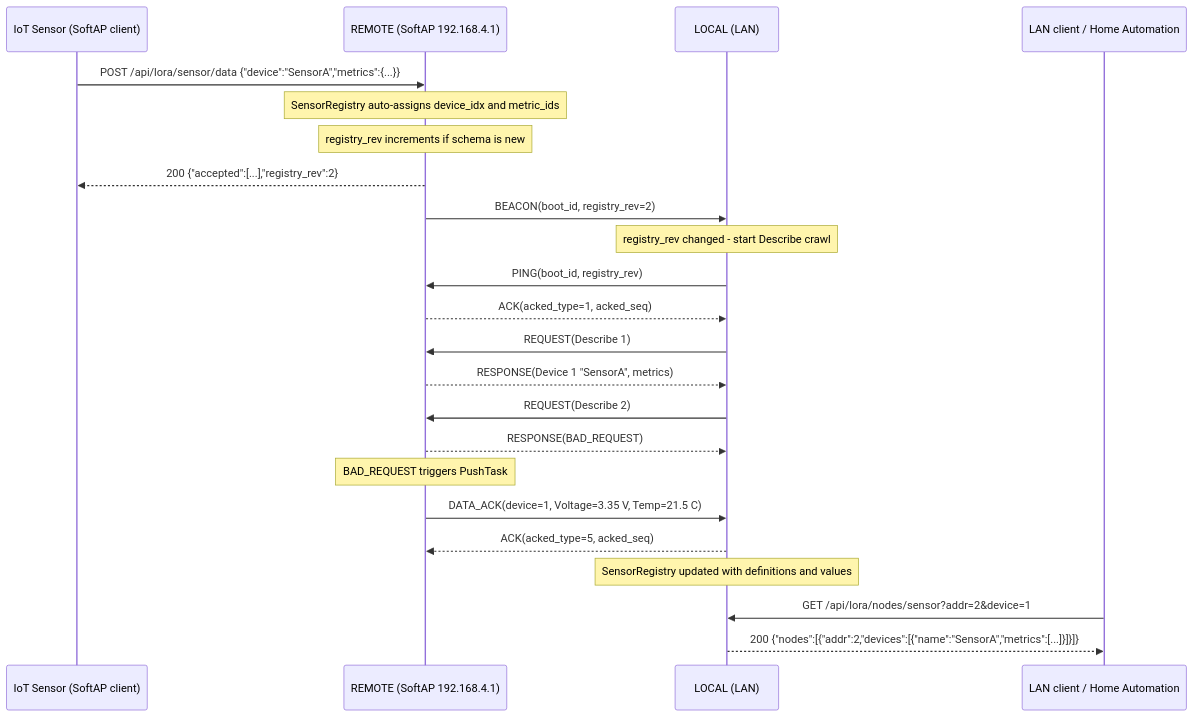
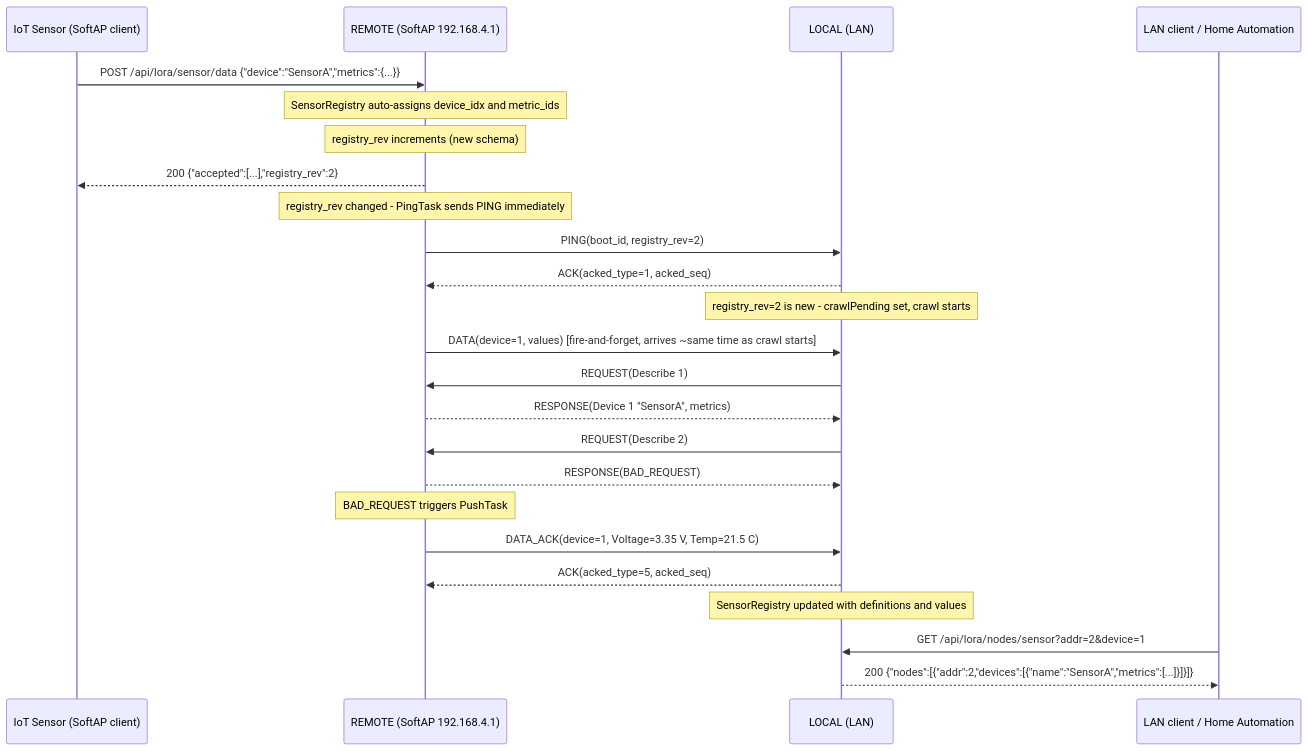
One commit to Warpguru/LoRaIoT changed the eighth of 9 diagrams in doc/LoRaProtocol.md. Above: the diagram before and after it, drawn with Mermaid. The commit also changed other lines of this file and 13 other files, not shown here.

Commit message:
Improve describe crawl (logic and dashboard)

````diff
--- a/doc/LoRaProtocol.md
+++ b/doc/LoRaProtocol.md
@@ -631,28 +631,31 @@
 ```mermaid
 sequenceDiagram
     participant Sensor as IoT Sensor (SoftAP client)
     participant R as REMOTE (SoftAP 192.168.4.1)
     participant L as LOCAL (LAN)
     participant Client as LAN client / Home Automation
 
     Sensor->>R: POST /api/lora/sensor/data {"device":"SensorA","metrics":{...}}
     Note over R: SensorRegistry auto-assigns device_idx and metric_ids
-    Note over R: registry_rev increments if schema is new
+    Note over R: registry_rev increments (new schema)
     R-->>Sensor: 200 {"accepted":[...],"registry_rev":2}
 
-    R->>L: BEACON(boot_id, registry_rev=2)
-    Note over L: registry_rev changed - start Describe crawl
-    L->>R: PING(boot_id, registry_rev)
-    R-->>L: ACK(acked_type=1, acked_seq)
+    Note over R: registry_rev changed - PingTask sends PING immediately
+    R->>L: PING(boot_id, registry_rev=2)
+    L-->>R: ACK(acked_type=1, acked_seq)
+    Note over L: registry_rev=2 is new - crawlPending set, crawl starts
+
+    R->>L: DATA(device=1, values) [fire-and-forget, arrives ~same time as crawl starts]
+
     L->>R: REQUEST(Describe 1)
     R-->>L: RESPONSE(Device 1 "SensorA", metrics)
     L->>R: REQUEST(Describe 2)
     R-->>L: RESPONSE(BAD_REQUEST)
     Note over R: BAD_REQUEST triggers PushTask
     R->>L: DATA_ACK(device=1, Voltage=3.35 V, Temp=21.5 C)
     L-->>R: ACK(acked_type=5, acked_seq)
     Note over L: SensorRegistry updated with definitions and values
 
     Client->>L: GET /api/lora/nodes/sensor?addr=2&device=1
     L-->>Client: 200 {"nodes":[{"addr":2,"devices":[{"name":"SensorA","metrics":[...]}]}]}
 ```
````
